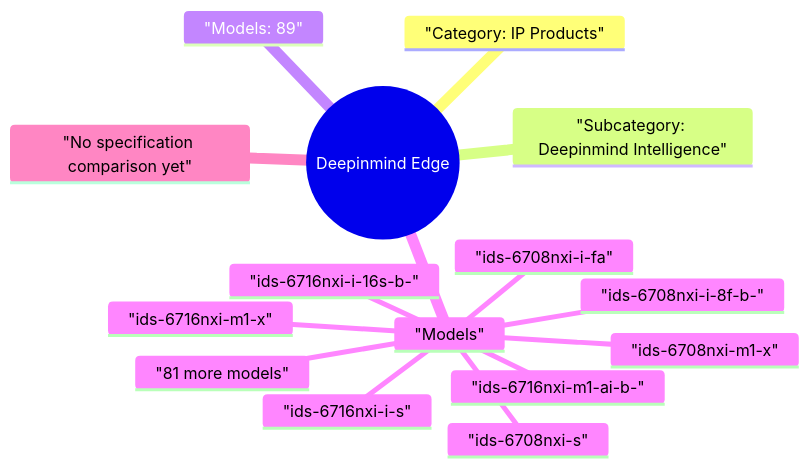
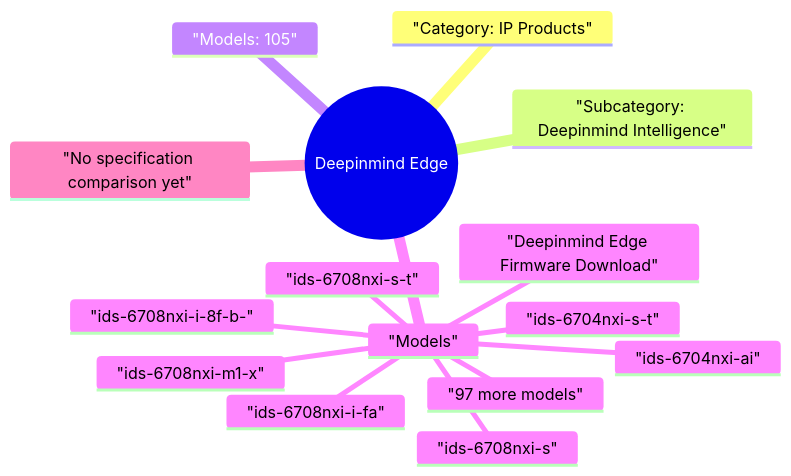
One commit to 123321step/hikvision-product-map changed the diagram in site/mindmaps/en-ip-products-deepinmind-intelligence-deepinmind-edge.mmd. Above: the diagram before and after it, drawn with Mermaid. The commit also changed 136 other files, not shown here.

```diff
--- a/site/mindmaps/en-ip-products-deepinmind-intelligence-deepinmind-edge.mmd
+++ b/site/mindmaps/en-ip-products-deepinmind-intelligence-deepinmind-edge.mmd
@@ -1,16 +1,16 @@
 mindmap
   root(("Deepinmind Edge"))
     "Category: IP Products"
     "Subcategory: Deepinmind Intelligence"
-    "Models: 89"
+    "Models: 105"
     "Models"
+      "Deepinmind Edge Firmware Download"
+      "ids-6704nxi-ai"
+      "ids-6704nxi-s-t"
       "ids-6708nxi-i-8f-b-"
       "ids-6708nxi-i-fa"
       "ids-6708nxi-m1-x"
       "ids-6708nxi-s"
-      "ids-6716nxi-i-16s-b-"
-      "ids-6716nxi-i-s"
-      "ids-6716nxi-m1-ai-b-"
-      "ids-6716nxi-m1-x"
-      "81 more models"
+      "ids-6708nxi-s-t"
+      "97 more models"
     "No specification comparison yet"
```
